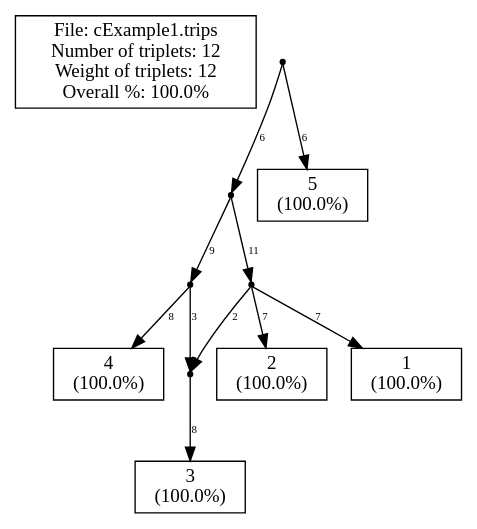
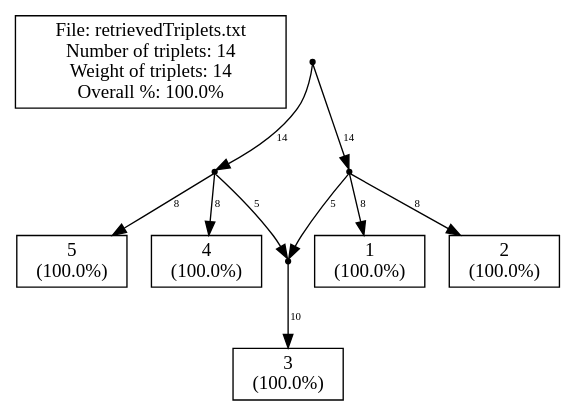
The diagram in ParsingTxt/cExample1.dot (iharnoor/PhylogeneticsWebsite), drawn with Graphviz before and after one commit. The commit also changed 5 other files, not shown here.

```diff
--- a/ParsingTxt/cExample1.dot
+++ b/ParsingTxt/cExample1.dot
@@ -1,48 +1,46 @@
 // LEV1ATHAN Version 1.0, 21 september 2009
 // COMMENT: Pre-processing the input file to count the leaves
 // COMMENT: Pre-processing showed that there are 5 leaves in the input.
 // SUMMARY: Input had 5 leaves.
 // COMMENT: Triplet set is already dense.
-// SUMMARY: There are 12 triplets in the input.
-// SUMMARY: Total weight of input triplets is 12.
+// SUMMARY: There are 14 triplets in the input.
+// SUMMARY: Total weight of input triplets is 14.
 // COMMENT: We achieved non-trivial local perfection.
 // SUMMARY: (Before post-processing)
-// SUMMARY: We got 12 units of triplet weight, that's 100.0% of total weight.
+// SUMMARY: We got 14 units of triplet weight, that's 100.0% of total weight.
 // SUMMARY: In total 0 units of triplet weight were -not- consistent with the ouput network.
 // SUMMARY: Output network contained 0 triplets -not- in the original input.
 // SUMMARY: The symmetric difference is thus 0 + (1 * 0) = 0
 // SUMMARY: (After post-processing)
 strict digraph G1 {
 edge [fontsize=8]
-labelbox [shape=box, width=0.4, label="File: cExample1.trips\nNumber of triplets: 12\nWeight of triplets: 12\nOverall %: 100.0%"];
+labelbox [shape=box, width=0.4, label="File: retrievedTriplets.txt\nNumber of triplets: 14\nWeight of triplets: 14\nOverall %: 100.0%"];
 1000 [shape=point];
 1001 [shape=point];
 1002 [shape=point];
-1003 [shape=point];
 3 [shape=box, width=0.3, label="3\n(100.0%)"];
-4 [shape=box, width=0.3, label="4\n(100.0%)"];
-1006 [shape=point];
 1 [shape=box, width=0.3, label="1\n(100.0%)"];
 2 [shape=box, width=0.3, label="2\n(100.0%)"];
+1006 [shape=point];
+4 [shape=box, width=0.3, label="4\n(100.0%)"];
 5 [shape=box, width=0.3, label="5\n(100.0%)"];
-1000 -> 1001 [label="6"]
-1000 -> 5 [label="6"]
-1001 -> 1002 [label="9"]
-1001 -> 1006 [label="11"]
-1002 -> 1003 [label="3"]
-1002 -> 4 [label="8"]
-1003 -> 3 [label="8"]
-1006 -> 1003 [label="2"]
-1006 -> 1 [label="7"]
-1006 -> 2 [label="7"]
-1003 -> 3 [label="8"]
+1000 -> 1001 [label="14"]
+1000 -> 1006 [label="14"]
+1001 -> 1002 [label="5"]
+1001 -> 1 [label="8"]
+1001 -> 2 [label="8"]
+1002 -> 3 [label="10"]
+1006 -> 1002 [label="5"]
+1006 -> 4 [label="8"]
+1006 -> 5 [label="8"]
+1002 -> 3 [label="10"]
 }
-// SUMMARY: eNewick output: ((((3)#H1,4),(#H1,1,2)),5);
+// SUMMARY: eNewick output: (((3)#H1,1,2),(#H1,4,5));
 // SUMMARY: In total 0 units of triplet weight were -not- consistent with the ouput network.
 // SUMMARY: Output network contained 0 triplets -not- in the original input.
 // SUMMARY: Weight of missing triplets before contraction minus weight of missing triplets afterwards: 0
 // SUMMARY: Number of surplus triplets before contraction minus number of surplus triplets afterwards: 0
-// CONCLUSION: After post-processing we got 12 units of triplet weight, that's 100.0% of total weight (before post-processing this was 100.0%).
+// CONCLUSION: After post-processing we got 14 units of triplet weight, that's 100.0% of total weight (before post-processing this was 100.0%).
 // CONCLUSION: After post-processing the symmetric difference is thus 0 + (1 * 0) = 0 (before post-processing this was 0)
 // STAT: PERCENTAGE = 100.0
 // STAT: NETWORK-TRIPLET SD = 0
```
